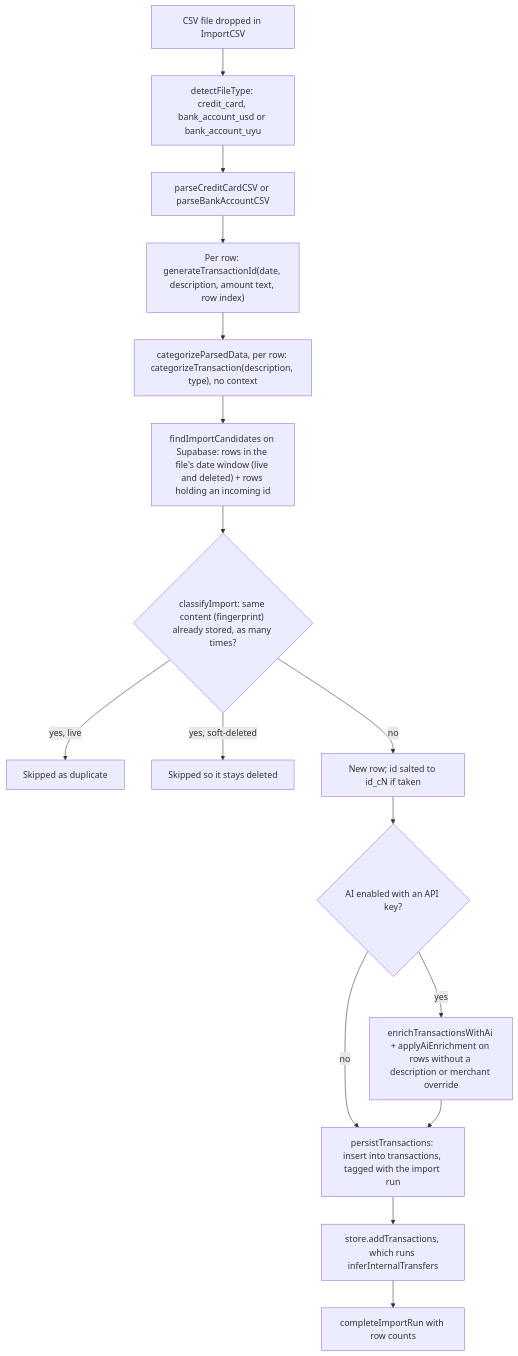
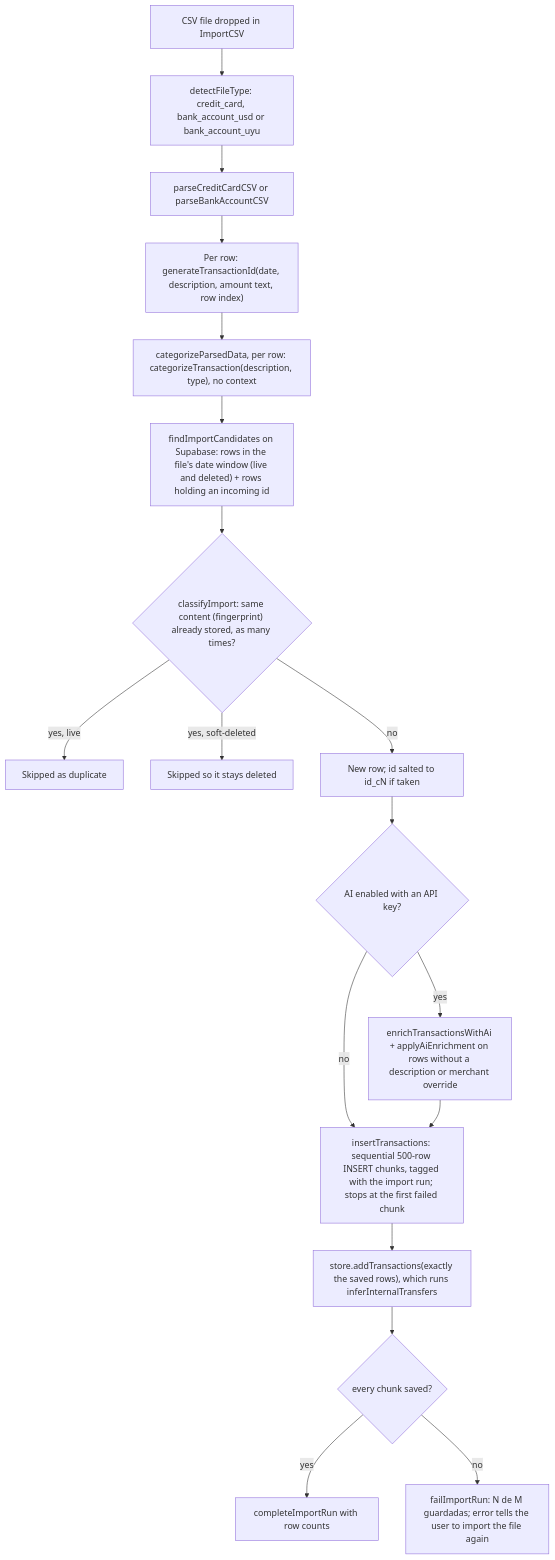
Before and after one commit to eltaiguer/tatu: the first of 3 diagrams in docs/architecture.md, drawn with Mermaid. The commit also changed other lines of this file and 4 other files, not shown here.

````diff
--- a/docs/architecture.md
+++ b/docs/architecture.md
@@ -18,18 +20,20 @@
 ```mermaid
 flowchart TD
     A["CSV file dropped in ImportCSV"] --> B["detectFileType: credit_card, bank_account_usd or bank_account_uyu"]
     B --> C["parseCreditCardCSV or parseBankAccountCSV"]
     C --> E["Per row: generateTransactionId(date, description, amount text, row index)"]
     E --> D["categorizeParsedData, per row: categorizeTransaction(description, type), no context"]
     D --> F["findImportCandidates on Supabase: rows in the file's date window (live and deleted) + rows holding an incoming id"]
     F --> G{"classifyImport: same content (fingerprint) already stored, as many times?"}
     G -- "yes, live" --> H["Skipped as duplicate"]
     G -- "yes, soft-deleted" --> I["Skipped so it stays deleted"]
     G -- "no" --> S["New row; id salted to id_cN if taken"]
     S --> J{"AI enabled with an API key?"}
     J -- "yes" --> K["enrichTransactionsWithAi + applyAiEnrichment on rows without a description or merchant override"]
-    J -- "no" --> L["persistTransactions: insert into transactions, tagged with the import run"]
+    J -- "no" --> L["insertTransactions: sequential 500-row INSERT chunks, tagged with the import run; stops at the first failed chunk"]
     K --> L
-    L --> M["store.addTransactions, which runs inferInternalTransfers"]
-    M --> N["completeImportRun with row counts"]
+    L --> M["store.addTransactions(exactly the saved rows), which runs inferInternalTransfers"]
+    M --> N{"every chunk saved?"}
+    N -- "yes" --> O["completeImportRun with row counts"]
+    N -- "no" --> P["failImportRun: N de M guardadas; error tells the user to import the file again"]
 ```
````
